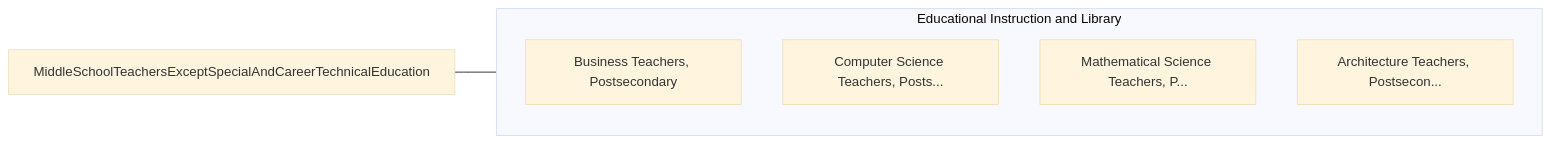
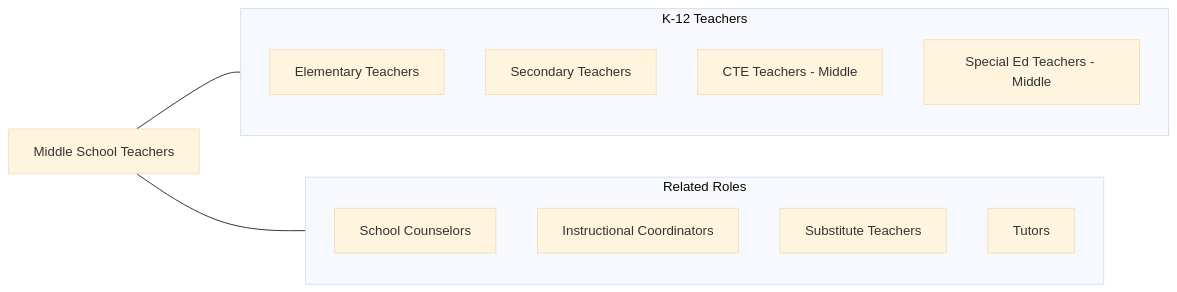
The fourth of 4 diagrams in occupations/Education/MiddleSchoolTeachersExceptSpecialAndCareerTechnicalEducation.mdx (kziemski/business.org.ai), drawn with Mermaid (base theme) before and after one commit. The commit also changed other lines of this file and 938 other files, not shown here.

````diff
--- a/occupations/Education/MiddleSchoolTeachersExceptSpecialAndCareerTechnicalEducation.mdx
+++ b/occupations/Education/MiddleSchoolTeachersExceptSpecialAndCareerTechnicalEducation.mdx
@@ -104,13 +168,21 @@
 ```mermaid
 graph LR
-    Current["MiddleSchoolTeachersExceptSpecialAndCareerTechnicalEducation"]
+    Current["Middle School Teachers"]
 
-    subgraph SameCategory["Educational Instruction and Library"]
-        BusinessTeachersPost["Business Teachers, Postsecondary"]
-        ComputerScienceTeach["Computer Science Teachers, Posts..."]
-        MathematicalScienceT["Mathematical Science Teachers, P..."]
-        ArchitectureTeachers["Architecture Teachers, Postsecon..."]
+    subgraph SameCategory["K-12 Teachers"]
+        Elementary["Elementary Teachers"]
+        Secondary["Secondary Teachers"]
+        CTE["CTE Teachers - Middle"]
+        SpEd["Special Ed Teachers - Middle"]
+    end
+
+    subgraph CrossFunctional["Related Roles"]
+        Counselors["School Counselors"]
+        IC["Instructional Coordinators"]
+        Subs["Substitute Teachers"]
+        Tutors["Tutors"]
     end
 
     Current --- SameCategory
+    Current --- CrossFunctional
 ```
````
